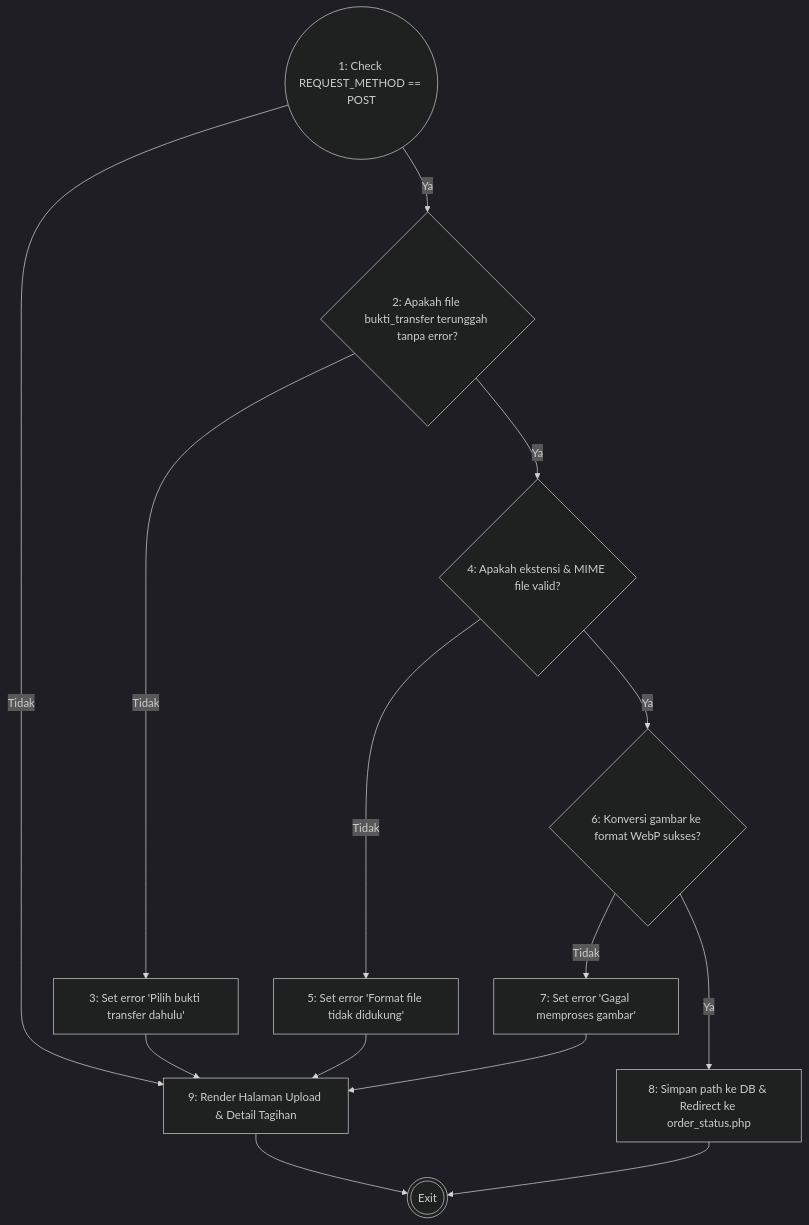
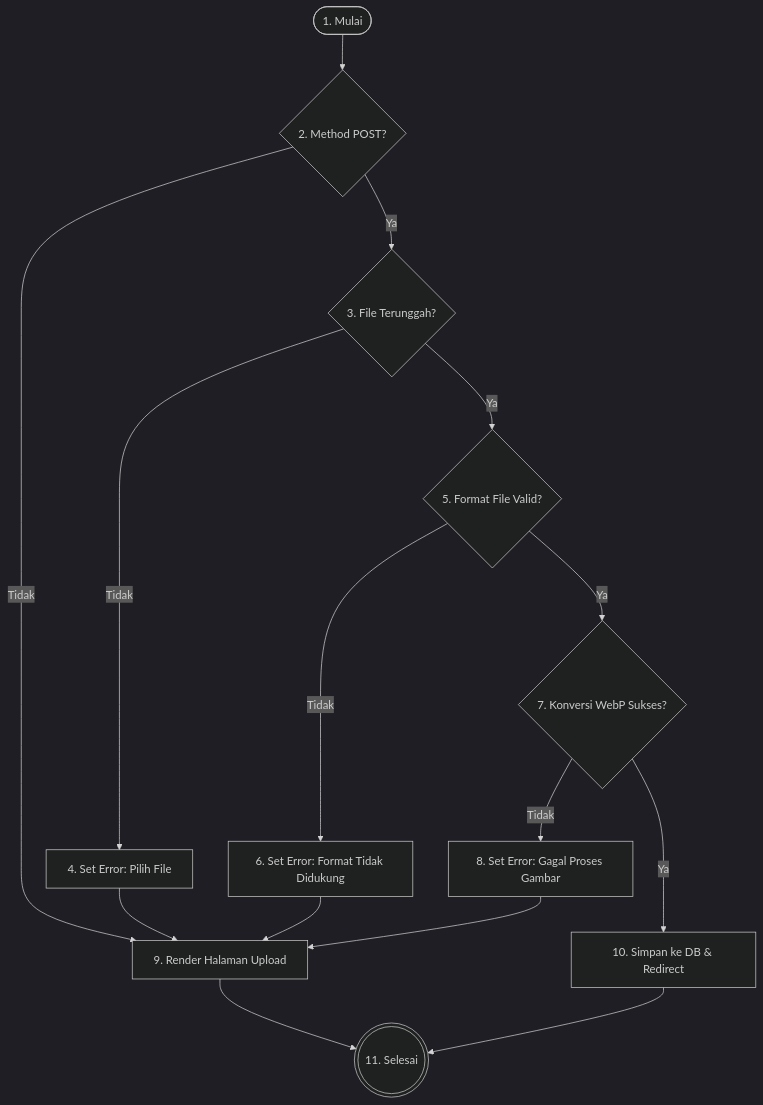
The fifth of 6 diagrams in docs/pengujian_whitebox.md (hafiizh09/-pemesanan_ak), drawn with Mermaid (dark theme) before and after one commit. The commit also changed other lines of this file, not shown here.

Commit message:
docs: update all 3 whitebox sections to consistent flowchart/flowgraph node style

````diff
--- a/docs/pengujian_whitebox.md
+++ b/docs/pengujian_whitebox.md
@@ -212,23 +234,23 @@
 ```mermaid
 graph TD
-    Node1((1: Check REQUEST_METHOD == POST)) -- Tidak --> Node9[9: Render Halaman Upload & Detail Tagihan]
-    Node1 -- Ya --> Node2{2: Apakah file bukti_transfer terunggah tanpa error?}
-    
-    Node2 -- Tidak --> Node3[3: Set error 'Pilih bukti transfer dahulu']
-    Node2 -- Ya --> Node4{4: Apakah ekstensi & MIME file valid?}
-    
-    Node3 --> Node9
-    
-    Node4 -- Tidak --> Node5[5: Set error 'Format file tidak didukung']
-    Node4 -- Ya --> Node6{6: Konversi gambar ke format WebP sukses?}
-    
-    Node5 --> Node9
-    
-    Node6 -- Tidak --> Node7[7: Set error 'Gagal memproses gambar']
-    Node6 -- Ya --> Node8[8: Simpan path ke DB & Redirect ke order_status.php]
-    
-    Node7 --> Node9
-    
-    Node8 --> ExitNode(((Exit)))
-    Node9 --> ExitNode
+    Node1([1. Mulai]) --> Node2{2. Method POST?}
+    Node2 -- Tidak --> Node9[9. Render Halaman Upload]
+    Node2 -- Ya --> Node3{3. File Terunggah?}
+
+    Node3 -- Tidak --> Node4[4. Set Error: Pilih File]
+    Node3 -- Ya --> Node5{5. Format File Valid?}
+
+    Node4 --> Node9
+
+    Node5 -- Tidak --> Node6[6. Set Error: Format Tidak Didukung]
+    Node5 -- Ya --> Node7{7. Konversi WebP Sukses?}
+
+    Node6 --> Node9
+
+    Node7 -- Tidak --> Node8[8. Set Error: Gagal Proses Gambar]
+    Node7 -- Ya --> Node10[10. Simpan ke DB & Redirect]
+
+    Node8 --> Node9
+    Node9 --> Node11(((11. Selesai)))
+    Node10 --> Node11
 ```
````
